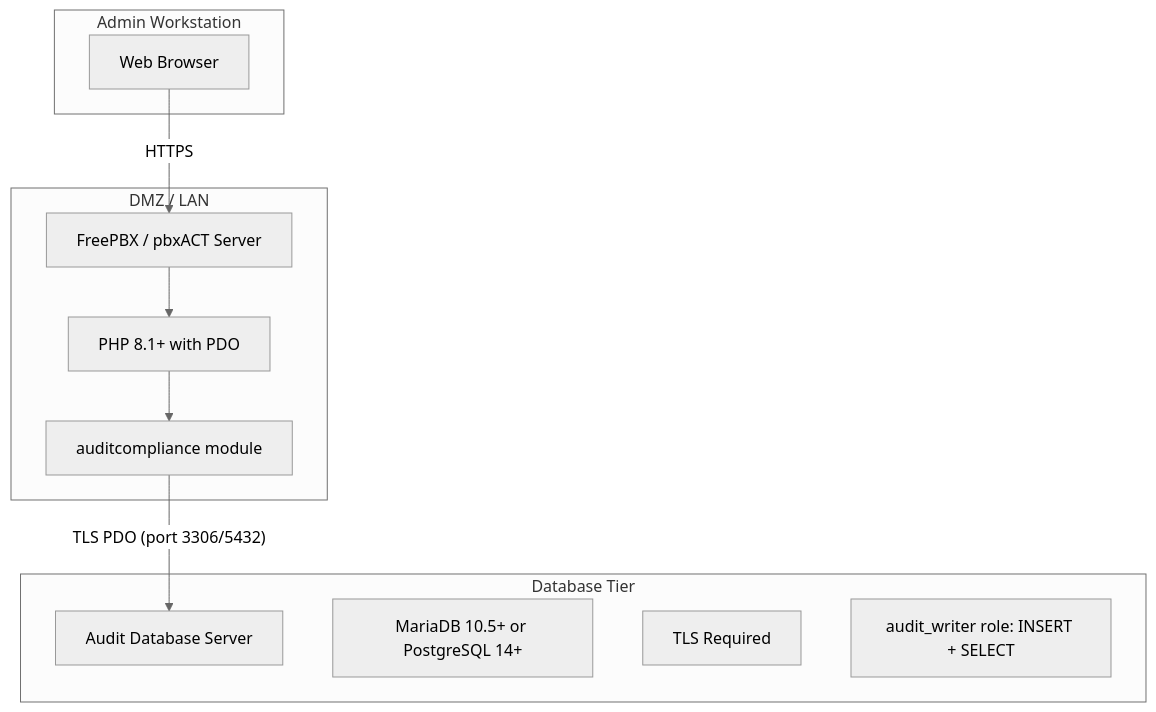
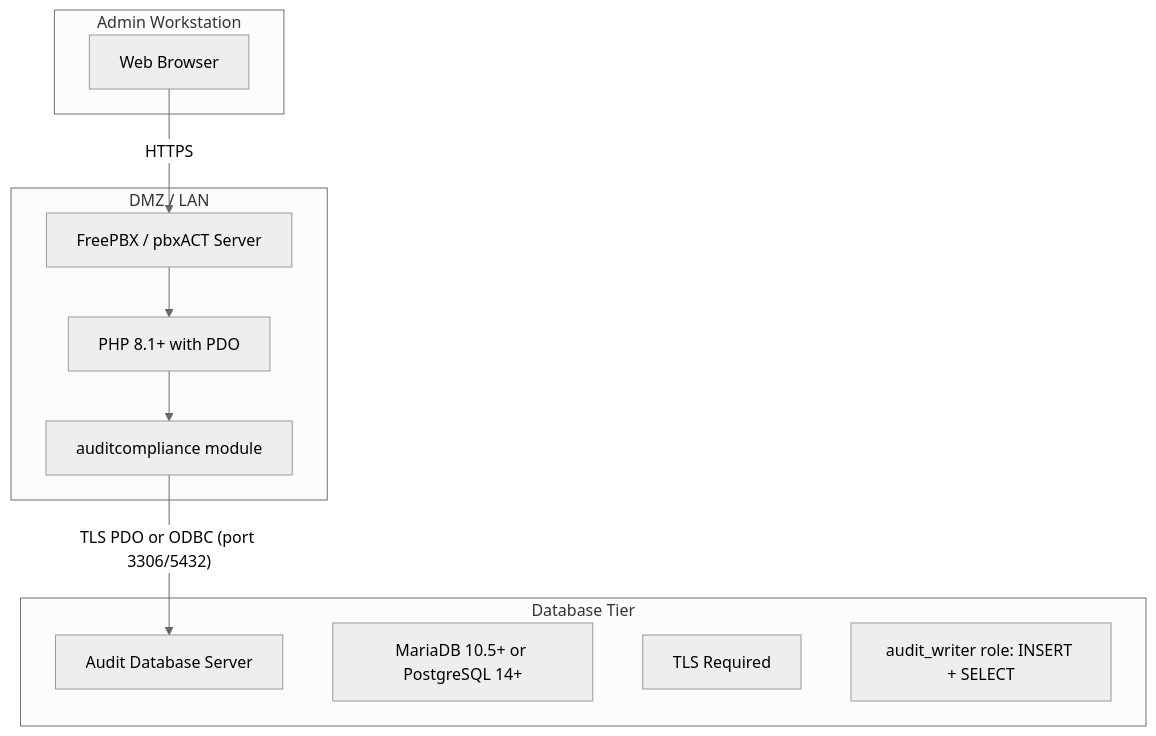
The fifth of 5 diagrams in docs/architecture.md (PhilipLykov/freepbx-audit), drawn with Mermaid (neutral theme) before and after one commit. The commit also changed other lines of this file and 7 other files, not shown here.

First line of the commit message:
feat: add Linux native ODBC (pdo_odbc) database connection support

````diff
--- a/docs/architecture.md
+++ b/docs/architecture.md
@@ -164,23 +164,23 @@
 ```mermaid
 graph TD
     subgraph dmz ["DMZ / LAN"]
         PBX["FreePBX / pbxACT Server"]
         PBX_PHP["PHP 8.1+ with PDO"]
         PBX_Module["auditcompliance module"]
     end
 
     subgraph db_tier ["Database Tier"]
         AuditDB3["Audit Database Server"]
         AuditDB3_Engine["MariaDB 10.5+ or PostgreSQL 14+"]
         AuditDB3_TLS["TLS Required"]
         AuditDB3_Role["audit_writer role: INSERT + SELECT"]
     end
 
     subgraph admin ["Admin Workstation"]
         Browser2["Web Browser"]
     end
 
     Browser2 -->|HTTPS| PBX
     PBX --> PBX_PHP --> PBX_Module
-    PBX_Module -->|"TLS PDO (port 3306/5432)"| AuditDB3
+    PBX_Module -->|"TLS PDO or ODBC (port 3306/5432)"| AuditDB3
 ```
````
